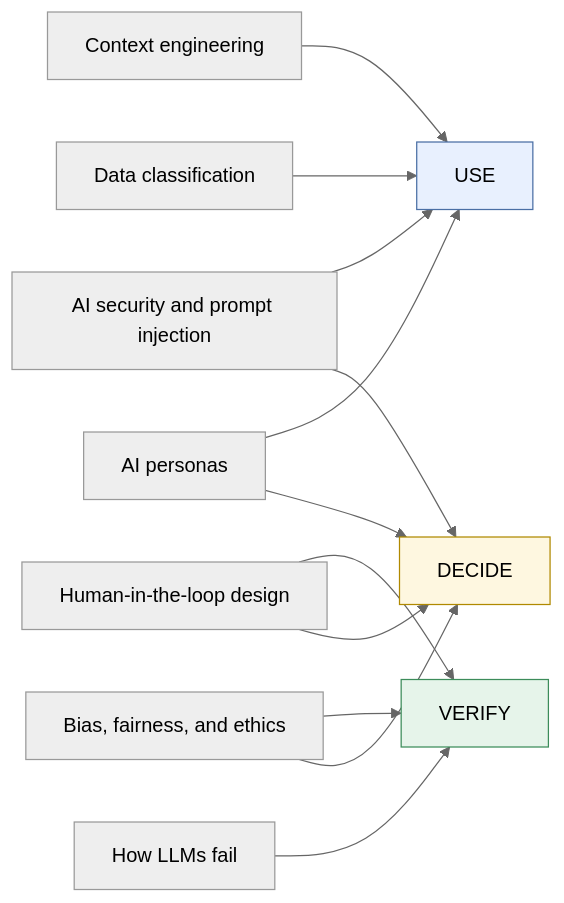
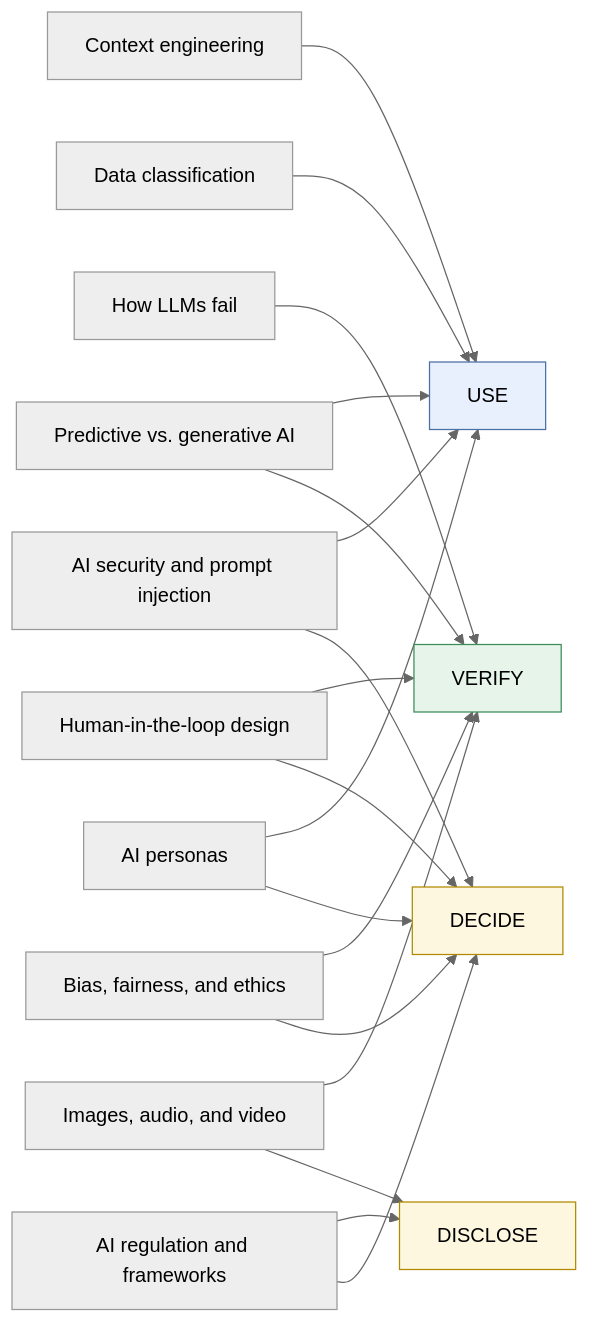
Before and after one commit to clarkngo/applied-ai-field-guide: the diagram in docs/foundations/index.md, drawn with Mermaid (neutral theme). The commit also changed other lines of this file and 10 other files, not shown here.

````diff
--- a/docs/foundations/index.md
+++ b/docs/foundations/index.md
@@ -15,20 +15,26 @@
 ```mermaid
 flowchart LR
   CE["Context engineering"] --> U["USE"]
   DC["Data classification"] --> U
   LF["How LLMs fail"] --> V["VERIFY"]
   HL["Human-in-the-loop design"] --> V
   HL --> D["DECIDE"]
   BE["Bias, fairness, and ethics"] --> V
   BE --> D
   SEC["AI security and prompt injection"] --> U
   SEC --> D
   PER["AI personas"] --> U
   PER --> D
+  REG["AI regulation and frameworks"] --> D1["DISCLOSE"]
+  REG --> D
+  MM["Images, audio, and video"] --> V
+  MM --> D1
+  PG["Predictive vs. generative AI"] --> U
+  PG --> V
   classDef use fill:#e8f0fe,stroke:#4a6fa5;
   classDef verify fill:#e6f4ea,stroke:#3c8c5a;
   classDef dd fill:#fef7e0,stroke:#b08900;
   class U use;
   class V verify;
-  class D dd;
+  class D,D1 dd;
 ```
````
